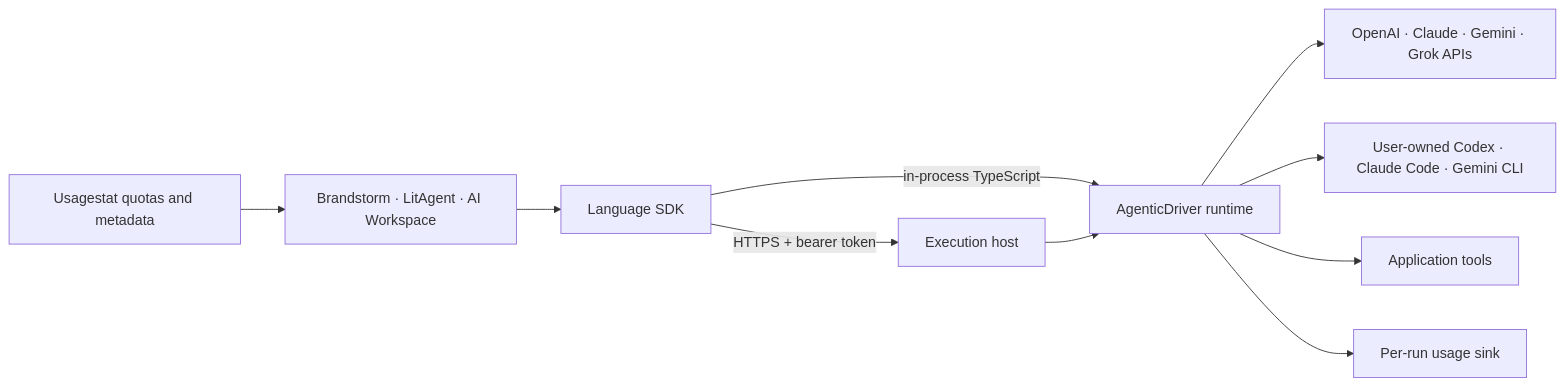
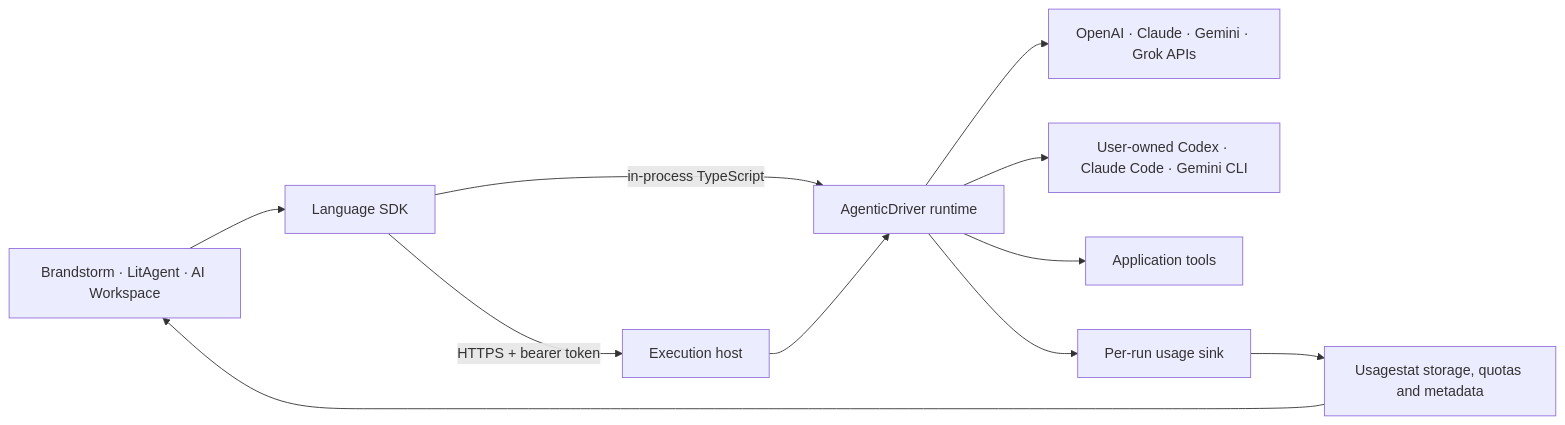
Before and after one commit to agenticdriver/agenticdriver: the diagram in README.md, drawn with Mermaid. The commit also changed other lines of this file and 9 other files, not shown here.

First line of the commit message:
feat(usage): connect the native Usagestat backend dependency

````diff
--- a/README.md
+++ b/README.md
@@ -32,12 +32,13 @@
 ```mermaid
 flowchart LR
     Applications[Brandstorm · LitAgent · AI Workspace] --> SDK[Language SDK]
     SDK -->|in-process TypeScript| Runtime[AgenticDriver runtime]
     SDK -->|HTTPS + bearer token| Host[Execution host]
     Host --> Runtime
     Runtime --> APIs[OpenAI · Claude · Gemini · Grok APIs]
     Runtime --> CLIs[User-owned Codex · Claude Code · Gemini CLI]
     Runtime --> Tools[Application tools]
     Runtime --> Usage[Per-run usage sink]
-    Usagestat[Usagestat quotas and metadata] --> Applications
+    Usage --> Usagestat[Usagestat storage, quotas and metadata]
+    Usagestat --> Applications
 ```
````
